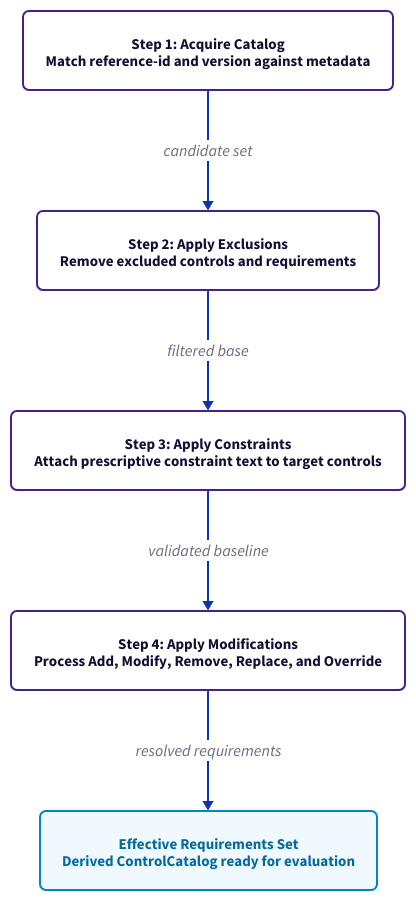
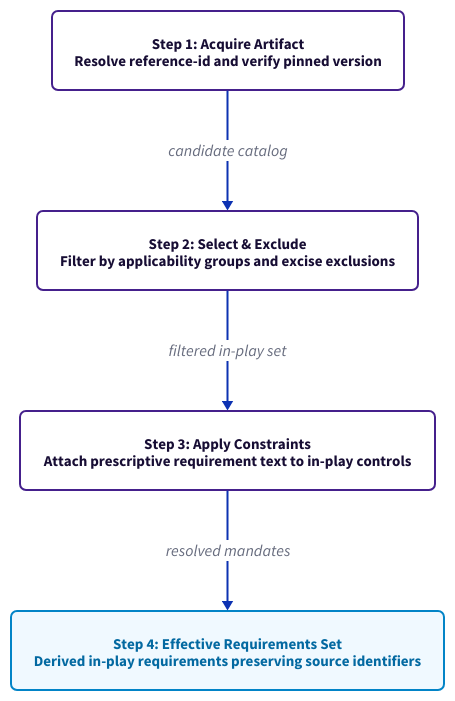
One commit to gemaraproj/website changed the diagram in assets/diagrams/requirements-resolution-pipeline-light.d2. Above: the diagram before and after it, drawn with D2. The commit also changed 9 other files, not shown here.

Commit message:
docs: align requirements resolution with profile schema validation

```diff
--- a/assets/diagrams/requirements-resolution-pipeline-light.d2
+++ b/assets/diagrams/requirements-resolution-pipeline-light.d2
@@ -1,34 +1,32 @@
 direction: down
 
 classes: {
   step: {
     style: {
       fill: "#FFFFFF"
       stroke: "#45208C"
       stroke-width: 2
       font-size: 15
       font-color: "#170D34"
       border-radius: 6
     }
   }
 }
 
-s1: "Step 1: Acquire Catalog\nMatch reference-id and version against metadata" {class: step}
-s2: "Step 2: Apply Exclusions\nRemove excluded controls and requirements" {class: step}
-s3: "Step 3: Apply Constraints\nAttach prescriptive constraint text to target controls" {class: step}
-s4: "Step 4: Apply Modifications\nProcess Add, Modify, Remove, Replace, and Override" {class: step}
-out: "Effective Requirements Set\nDerived ControlCatalog ready for evaluation" {
+s1: "Step 1: Acquire Artifact\nResolve reference-id and verify pinned version" {class: step}
+s2: "Step 2: Select & Exclude\nFilter by applicability groups and excise exclusions" {class: step}
+s3: "Step 3: Apply Constraints\nAttach prescriptive requirement text to in-play controls" {class: step}
+out: "Step 4: Effective Requirements Set\nDerived in-play requirements preserving source identifiers" {
   style: {
     fill: "#F0F9FF"
     stroke: "#0284C7"
     stroke-width: 2
     font-size: 15
     font-color: "#0369A1"
     border-radius: 6
   }
 }
 
-s1 -> s2: "candidate set"
-s2 -> s3: "filtered base"
-s3 -> s4: "validated baseline"
-s4 -> out: "resolved requirements"
+s1 -> s2: "candidate catalog"
+s2 -> s3: "filtered in-play set"
+s3 -> out: "resolved mandates"
```
